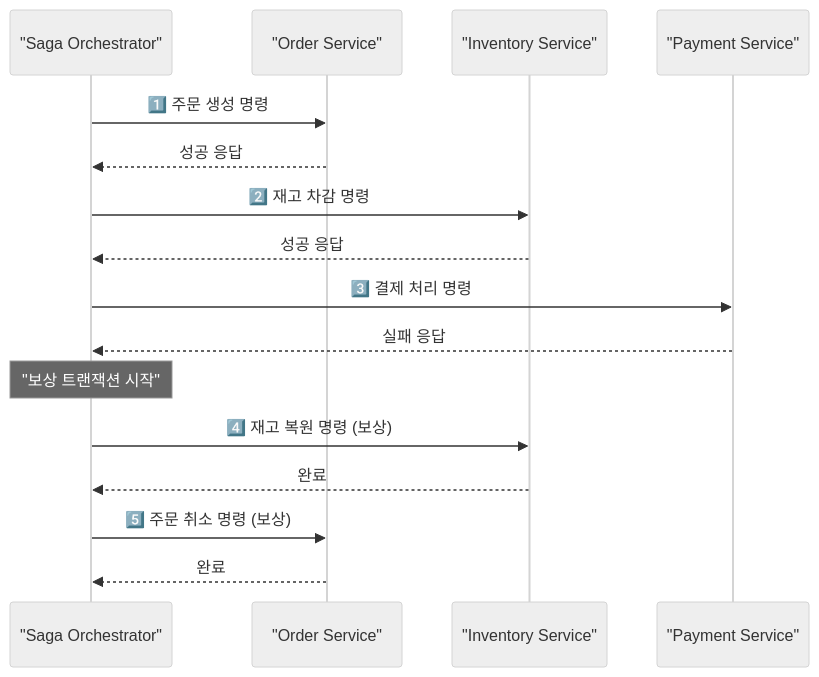
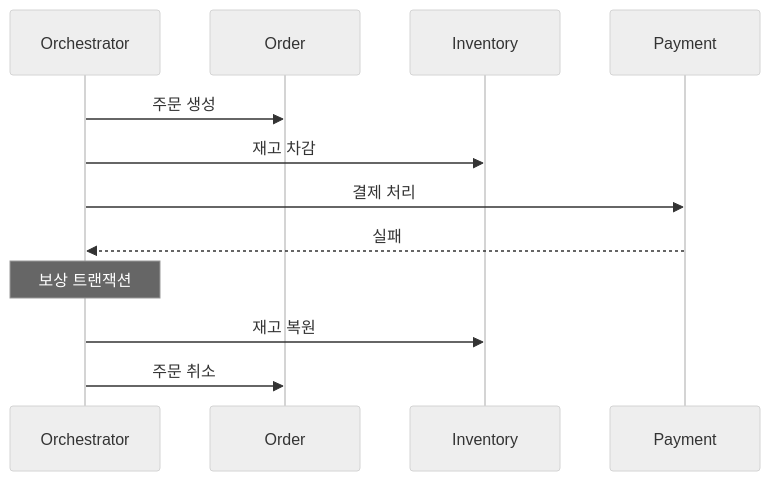
One commit to yjkim2015/yjkim2015.github.io changed the fifth of 8 diagrams in _posts/spring/2026-05-01-distributed-transaction.md. Above: the diagram before and after it, drawn with Mermaid (neutral theme). The commit also changed other lines of this file and 215 other files, not shown here.

First line of the commit message:
신규 포스트 10개 추가 + Mermaid 전면 축소 + SystemDesign 시리즈 보강

````diff
--- a/_posts/spring/2026-05-01-distributed-transaction.md
+++ b/_posts/spring/2026-05-01-distributed-transaction.md
@@ -153,19 +139,14 @@
 ```mermaid
 sequenceDiagram
-    participant SO as "Saga Orchestrator"
-    participant OS as "Order Service"
-    participant IS as "Inventory Service"
-    participant PS as "Payment Service"
-
-    SO->>OS: 1️⃣ 주문 생성 명령
-    OS-->>SO: 성공 응답
-    SO->>IS: 2️⃣ 재고 차감 명령
-    IS-->>SO: 성공 응답
-    SO->>PS: 3️⃣ 결제 처리 명령
-    PS-->>SO: 실패 응답
-    Note over SO: "보상 트랜잭션 시작"
-    SO->>IS: 4️⃣ 재고 복원 명령 (보상)
-    IS-->>SO: 완료
-    SO->>OS: 5️⃣ 주문 취소 명령 (보상)
-    OS-->>SO: 완료
+    participant SO as Orchestrator
+    participant OS as Order
+    participant IS as Inventory
+    participant PS as Payment
+    SO->>OS: 주문 생성
+    SO->>IS: 재고 차감
+    SO->>PS: 결제 처리
+    PS-->>SO: 실패
+    Note over SO: 보상 트랜잭션
+    SO->>IS: 재고 복원
+    SO->>OS: 주문 취소
 ```
````
